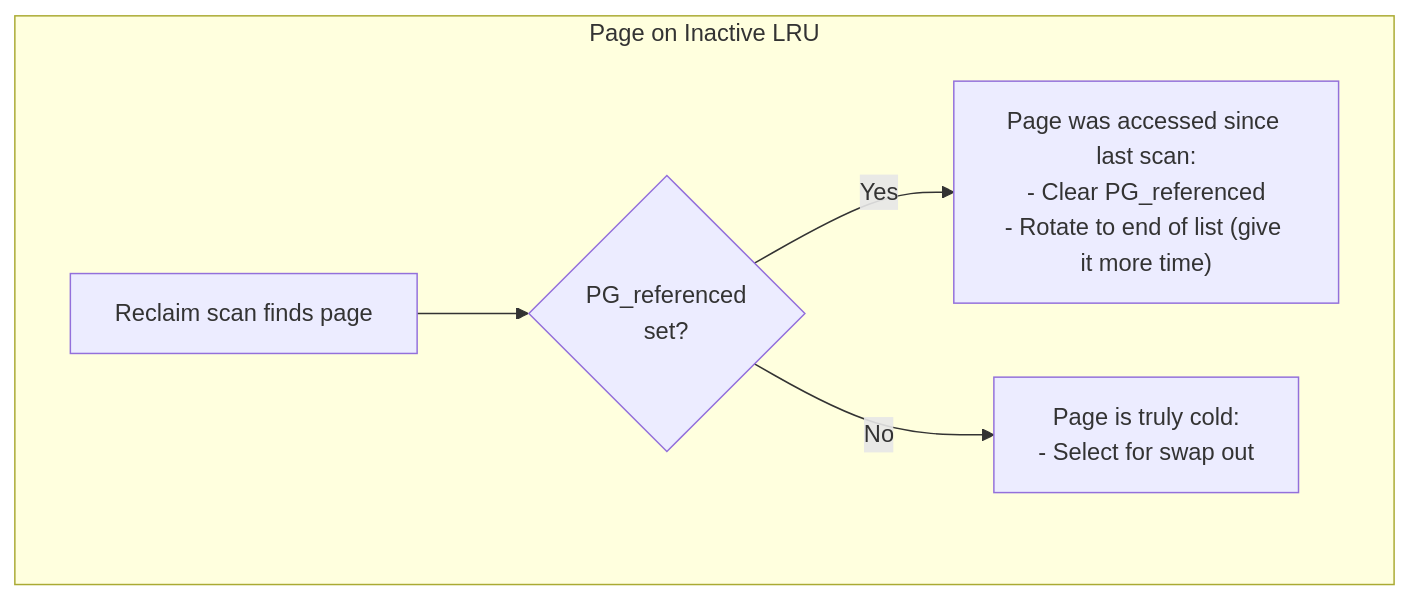
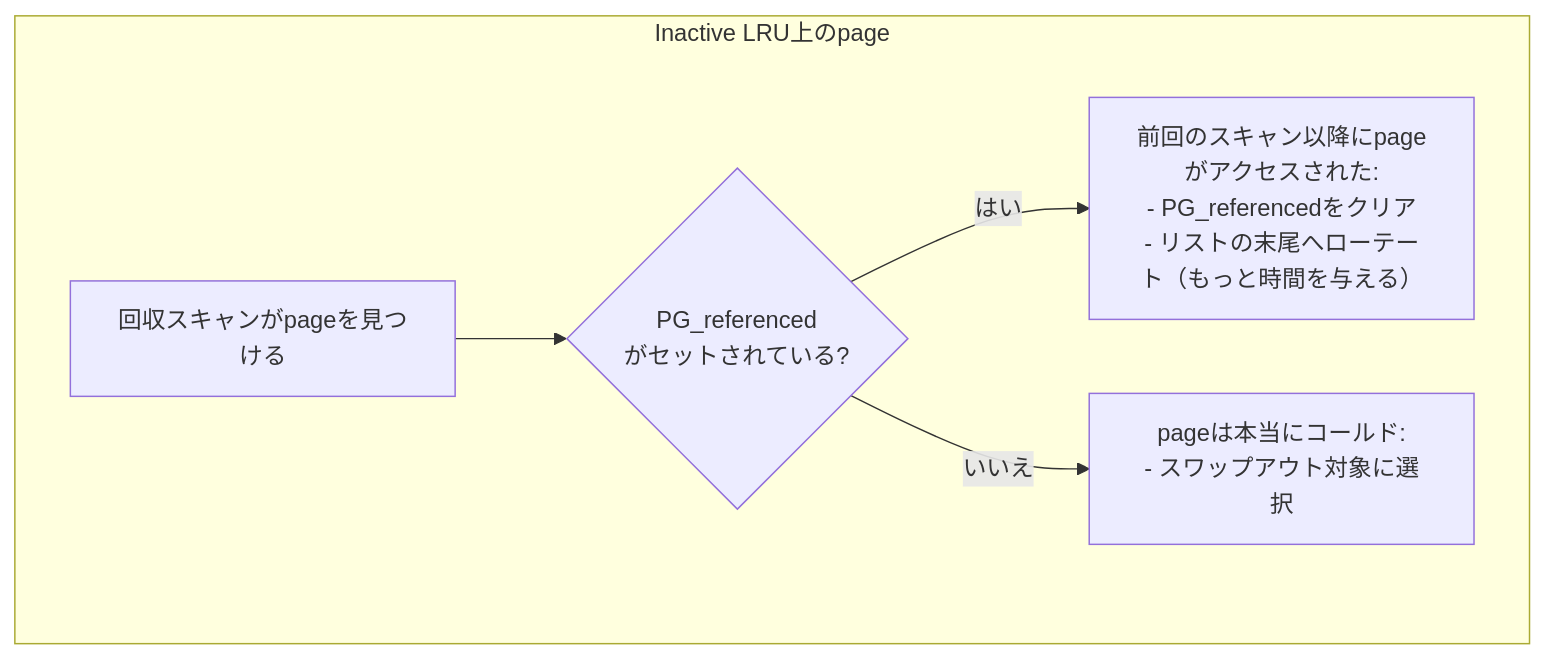
The fourth of 16 diagrams in docs/mm/swapping.md (doguto/linux-kernel-internals-jp), drawn with Mermaid before and after one commit. The commit also changed other lines of this file and 27 other files, not shown here.

````diff
--- a/docs/mm/swapping.md
+++ b/docs/mm/swapping.md
@@ -62,13 +62,13 @@
 ```mermaid
 flowchart TB
-    subgraph ReferencedFlagCheck["Page on Inactive LRU"]
-        Scan["Reclaim scan finds page"]
-        Check{"PG_referenced<br/>set?"}
-        Accessed["Page was accessed since last scan:<br/>- Clear PG_referenced<br/>- Rotate to end of list (give it more time)"]
-        Cold["Page is truly cold:<br/>- Select for swap out"]
+    subgraph ReferencedFlagCheck["Inactive LRU上のpage"]
+        Scan["回収スキャンがpageを見つける"]
+        Check{"PG_referenced<br/>がセットされている?"}
+        Accessed["前回のスキャン以降にpageがアクセスされた:<br/>- PG_referencedをクリア<br/>- リストの末尾へローテート（もっと時間を与える）"]
+        Cold["pageは本当にコールド:<br/>- スワップアウト対象に選択"]
 
         Scan --> Check
-        Check -->|Yes| Accessed
-        Check -->|No| Cold
+        Check -->|はい| Accessed
+        Check -->|いいえ| Cold
     end
 ```
````
